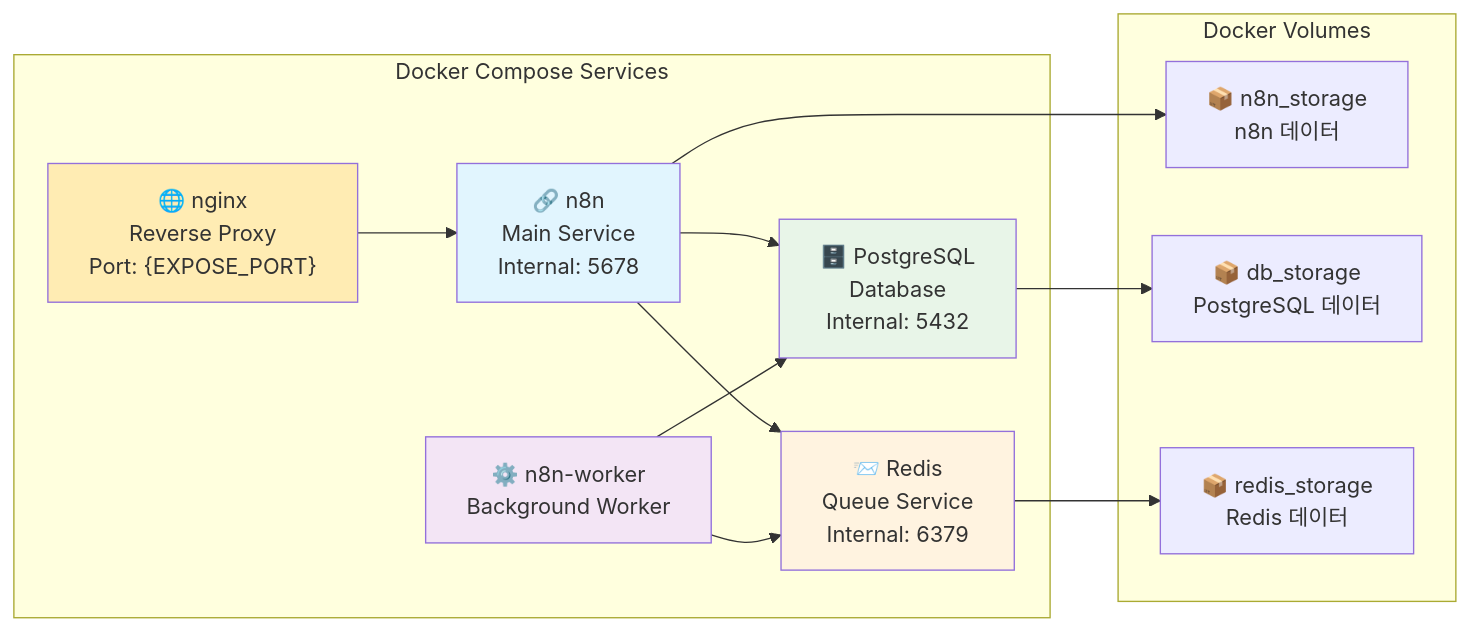
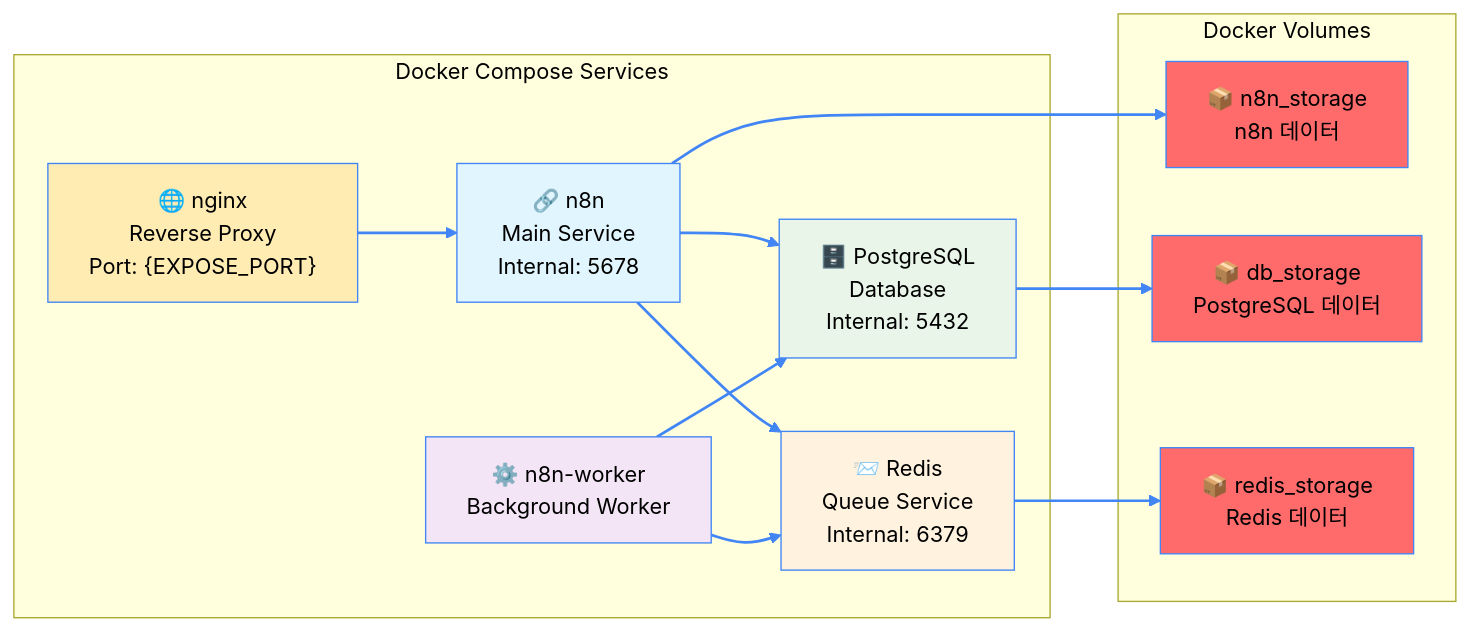
Before and after one commit to GzuPark/n8n-custom: the fourth of 5 diagrams in README.md, drawn with Mermaid. The commit also changed other lines of this file, not shown here.

Commit message:
Update README.md to change the text editor from nano to vim, enhance mermaid diagrams with color settings, and reorganize the PostgreSQL initialization script location.

````diff
--- a/README.md
+++ b/README.md
@@ -145,32 +166,42 @@
 ```mermaid
+%%{init: {'theme': 'base', 'themeVariables': { 'primaryColor': '#ff6b6b', 'primaryTextColor': '#000000', 'primaryBorderColor': '#4285f4', 'lineColor': '#4285f4', 'textColor': '#000000', 'background': '#ffffff', 'secondaryColor': '#006100', 'tertiaryColor': '#fff', 'edgeLabelBackground': '#ffffff', 'clusterBkg': '#ffffde', 'clusterBorder': '#aaaa33', 'defaultLinkColor': '#4285f4', 'titleColor': '#000000', 'edgeColor': '#4285f4'}}}%%
 graph LR
     subgraph "Docker Compose Services"
         A["🌐 nginx<br/>Reverse Proxy<br/>Port: {EXPOSE_PORT}"]
         B["🔗 n8n<br/>Main Service<br/>Internal: 5678"]
         C["⚙️ n8n-worker<br/>Background Worker"]
         D["📨 Redis<br/>Queue Service<br/>Internal: 6379"]
         E["🗄️ PostgreSQL<br/>Database<br/>Internal: 5432"]
     end
     
     subgraph "Docker Volumes"
         V1["📦 n8n_storage<br/>n8n 데이터"]
         V2["📦 db_storage<br/>PostgreSQL 데이터"]
         V3["📦 redis_storage<br/>Redis 데이터"]
     end
     
     A --> B
     B --> D
     C --> D
     B --> E
     C --> E
     
     B --> V1
     E --> V2
     D --> V3
     
-    style A fill:#ffecb3
-    style B fill:#e1f5fe
-    style C fill:#f3e5f5
-    style D fill:#fff3e0
-    style E fill:#e8f5e8
+    style A fill:#ffecb3,color:#000000,stroke:#4285f4
+    style B fill:#e1f5fe,color:#000000,stroke:#4285f4
+    style C fill:#f3e5f5,color:#000000,stroke:#4285f4
+    style D fill:#fff3e0,color:#000000,stroke:#4285f4
+    style E fill:#e8f5e8,color:#000000,stroke:#4285f4
+    
+    linkStyle 0 stroke:#4285f4,stroke-width:2px
+    linkStyle 1 stroke:#4285f4,stroke-width:2px
+    linkStyle 2 stroke:#4285f4,stroke-width:2px
+    linkStyle 3 stroke:#4285f4,stroke-width:2px
+    linkStyle 4 stroke:#4285f4,stroke-width:2px
+    linkStyle 5 stroke:#4285f4,stroke-width:2px
+    linkStyle 6 stroke:#4285f4,stroke-width:2px
+    linkStyle 7 stroke:#4285f4,stroke-width:2px
 ```
````
